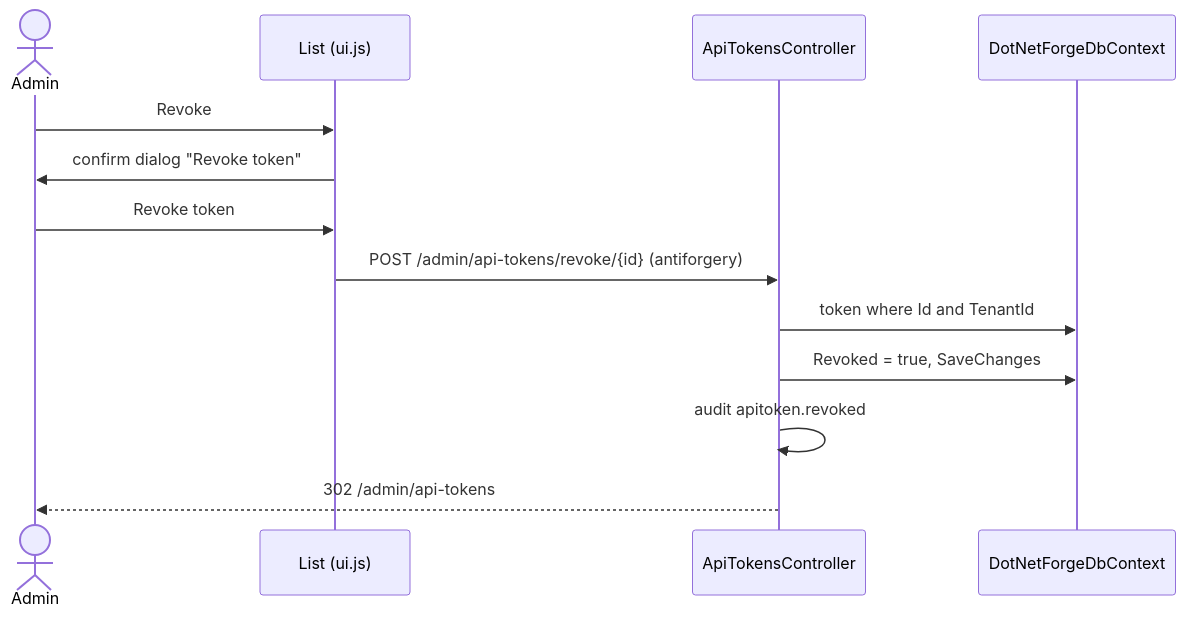
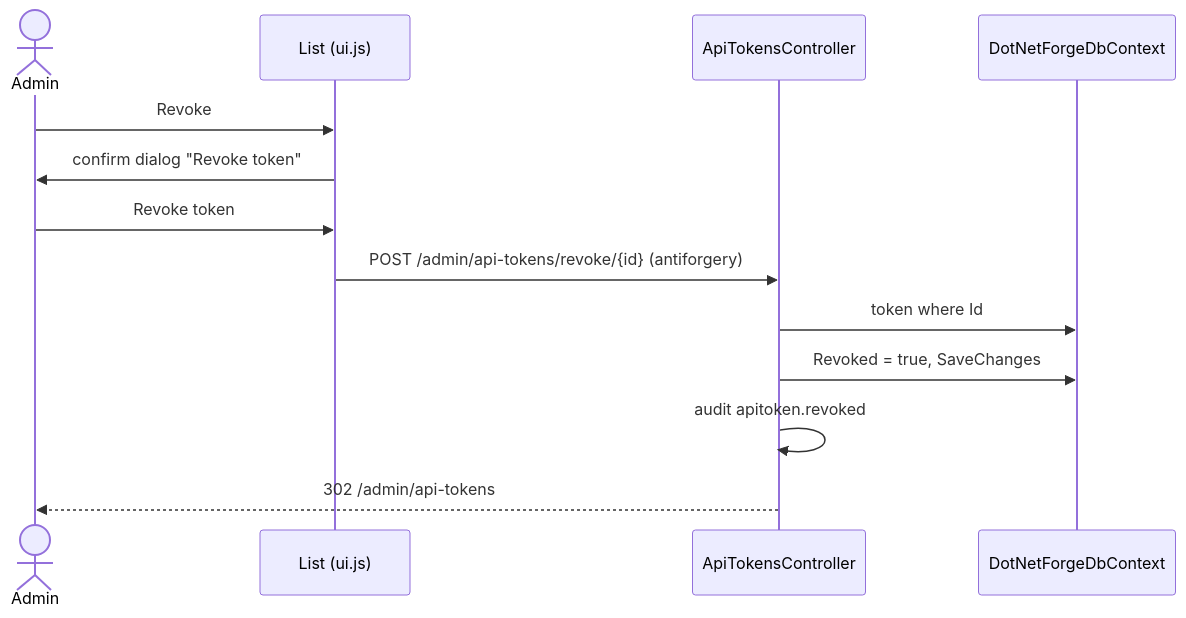
One commit to Albadit/DotNetForge changed the first of 2 diagrams in .docs/pages/api-tokens.md. Above: the diagram before and after it, drawn with Mermaid. The commit also changed other lines of this file and 306 other files, not shown here.

````diff
--- a/.docs/pages/api-tokens.md
+++ b/.docs/pages/api-tokens.md
@@ -118,15 +120,15 @@
 ```mermaid
 sequenceDiagram
     actor A as Admin
     participant UI as List (ui.js)
     participant C as ApiTokensController
     participant DB as DotNetForgeDbContext
     A->>UI: Revoke
     UI->>A: confirm dialog "Revoke token"
     A->>UI: Revoke token
     UI->>C: POST /admin/api-tokens/revoke/{id} (antiforgery)
-    C->>DB: token where Id and TenantId
+    C->>DB: token where Id
     C->>DB: Revoked = true, SaveChanges
     C->>C: audit apitoken.revoked
     C-->>A: 302 /admin/api-tokens
 ```
````
